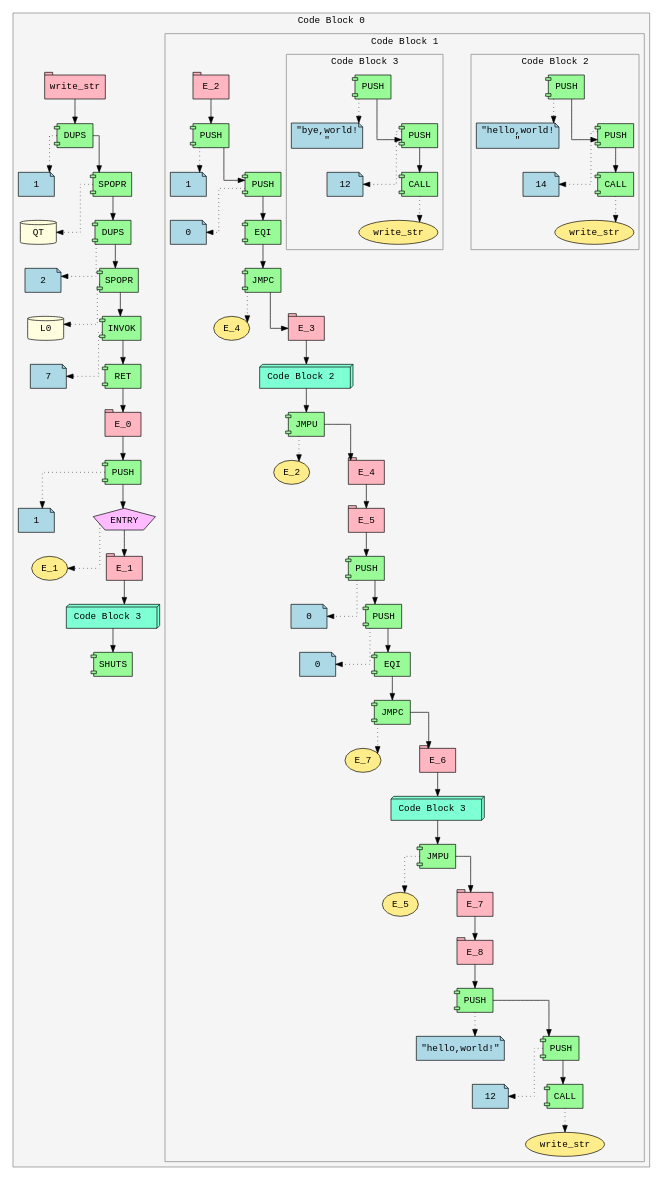
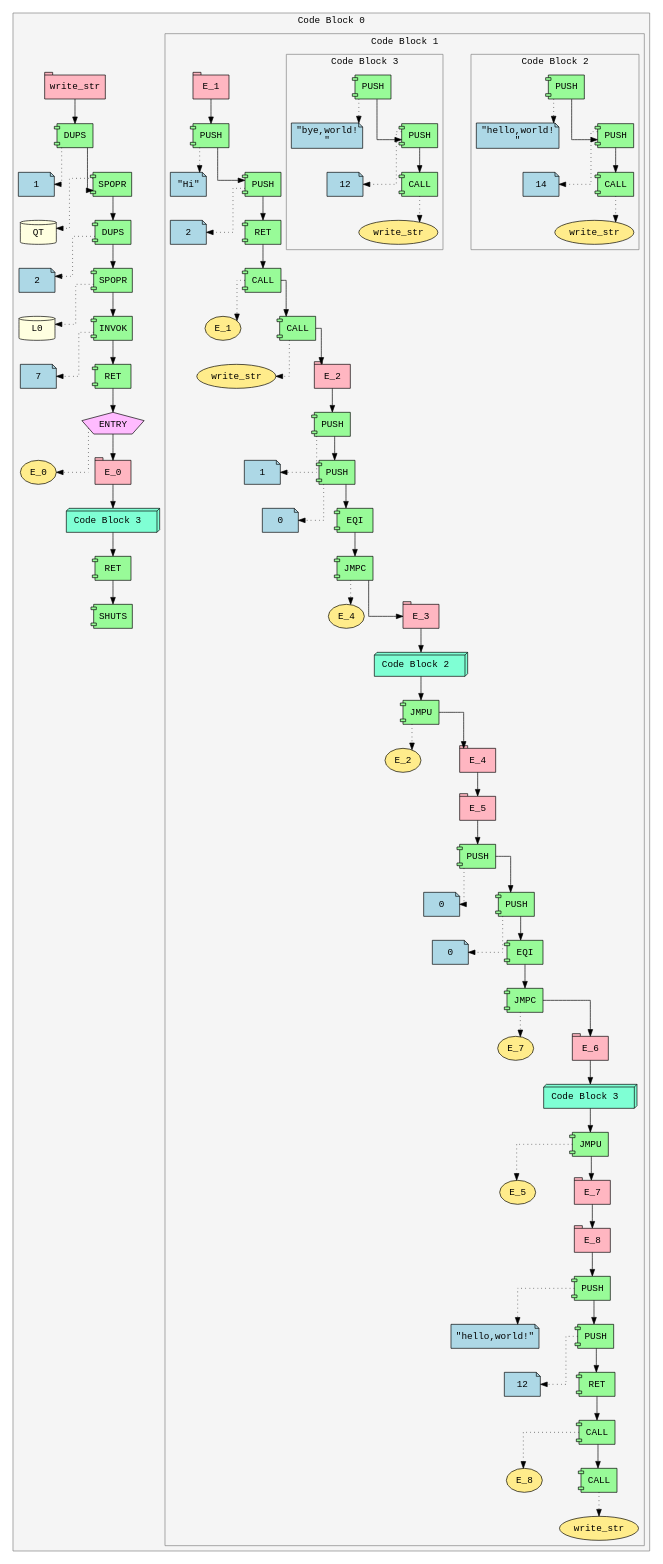
The diagram in ir.dot (Soham-Metha/IICT_Segfault_2025), drawn with Graphviz before and after one commit. The commit also changed 3 other files, not shown here.

```diff
--- a/ir.dot
+++ b/ir.dot
@@ -31,129 +31,151 @@
 Expr_8 -> Expr_10;
 Expr_12 [shape=component style=filled fillcolor=palegreen fontname="Courier" label="RET"]
 Expr_10 -> Expr_12;
-Expr_13 [shape=tab style=filled fillcolor=lightpink fontname="Courier" label="E_0"]
+Expr_13 [shape=pentagon style=filled fillcolor=plum1 fontname="Courier" label="ENTRY"]
+Expr_14 [shape=ellipse style=filled fillcolor=lightgoldenrod1 fontname="Courier" label="E_0"]
+Expr_13 -> Expr_14 [style=dotted]
 Expr_12 -> Expr_13;
-Expr_14 [shape=component style=filled fillcolor=palegreen fontname="Courier" label="PUSH"]
-Expr_15 [shape=note style=filled fillcolor=lightblue fontname="Courier" label="1"]
-Expr_14 -> Expr_15 [style=dotted]
-Expr_13 -> Expr_14;
-Expr_16 [shape=pentagon style=filled fillcolor=plum1 fontname="Courier" label="ENTRY"]
-Expr_17 [shape=ellipse style=filled fillcolor=lightgoldenrod1 fontname="Courier" label="E_1"]
-Expr_16 -> Expr_17 [style=dotted]
-Expr_14 -> Expr_16;
-Expr_18 [shape=tab style=filled fillcolor=lightpink fontname="Courier" label="E_1"]
-Expr_16 -> Expr_18;
-subgraph cluster_19 {
+Expr_15 [shape=tab style=filled fillcolor=lightpink fontname="Courier" label="E_0"]
+Expr_13 -> Expr_15;
+subgraph cluster_16 {
 label="Code Block 1 ";
 style=filled;
 color=gray;
 fillcolor=whitesmoke;
 fontname="Courier";
-Expr_20 [shape=tab style=filled fillcolor=lightpink fontname="Courier" label="E_2"]
-Expr_21 [shape=component style=filled fillcolor=palegreen fontname="Courier" label="PUSH"]
-Expr_22 [shape=note style=filled fillcolor=lightblue fontname="Courier" label="1"]
-Expr_21 -> Expr_22 [style=dotted]
-Expr_20 -> Expr_21;
-Expr_23 [shape=component style=filled fillcolor=palegreen fontname="Courier" label="PUSH"]
-Expr_24 [shape=note style=filled fillcolor=lightblue fontname="Courier" label="0"]
+Expr_17 [shape=tab style=filled fillcolor=lightpink fontname="Courier" label="E_1"]
+Expr_18 [shape=component style=filled fillcolor=palegreen fontname="Courier" label="PUSH"]
+Expr_19 [shape=note style=filled fillcolor=lightblue fontname="Courier" label="\"Hi\""]
+Expr_18 -> Expr_19 [style=dotted]
+Expr_17 -> Expr_18;
+Expr_20 [shape=component style=filled fillcolor=palegreen fontname="Courier" label="PUSH"]
+Expr_21 [shape=note style=filled fillcolor=lightblue fontname="Courier" label="2"]
+Expr_20 -> Expr_21 [style=dotted]
+Expr_18 -> Expr_20;
+Expr_22 [shape=component style=filled fillcolor=palegreen fontname="Courier" label="RET"]
+Expr_20 -> Expr_22;
+Expr_23 [shape=component style=filled fillcolor=palegreen fontname="Courier" label="CALL"]
+Expr_24 [shape=ellipse style=filled fillcolor=lightgoldenrod1 fontname="Courier" label="E_1"]
 Expr_23 -> Expr_24 [style=dotted]
-Expr_21 -> Expr_23;
-Expr_25 [shape=component style=filled fillcolor=palegreen fontname="Courier" label="EQI"]
+Expr_22 -> Expr_23;
+Expr_25 [shape=component style=filled fillcolor=palegreen fontname="Courier" label="CALL"]
+Expr_26 [shape=ellipse style=filled fillcolor=lightgoldenrod1 fontname="Courier" label="write_str"]
+Expr_25 -> Expr_26 [style=dotted]
 Expr_23 -> Expr_25;
-Expr_26 [shape=component style=filled fillcolor=palegreen fontname="Courier" label="JMPC"]
-Expr_27 [shape=ellipse style=filled fillcolor=lightgoldenrod1 fontname="Courier" label="E_4"]
-Expr_26 -> Expr_27 [style=dotted]
-Expr_25 -> Expr_26;
-Expr_28 [shape=tab style=filled fillcolor=lightpink fontname="Courier" label="E_3"]
-Expr_26 -> Expr_28;
-subgraph cluster_29 {
+Expr_27 [shape=tab style=filled fillcolor=lightpink fontname="Courier" label="E_2"]
+Expr_25 -> Expr_27;
+Expr_28 [shape=component style=filled fillcolor=palegreen fontname="Courier" label="PUSH"]
+Expr_29 [shape=note style=filled fillcolor=lightblue fontname="Courier" label="1"]
+Expr_28 -> Expr_29 [style=dotted]
+Expr_27 -> Expr_28;
+Expr_30 [shape=component style=filled fillcolor=palegreen fontname="Courier" label="PUSH"]
+Expr_31 [shape=note style=filled fillcolor=lightblue fontname="Courier" label="0"]
+Expr_30 -> Expr_31 [style=dotted]
+Expr_28 -> Expr_30;
+Expr_32 [shape=component style=filled fillcolor=palegreen fontname="Courier" label="EQI"]
+Expr_30 -> Expr_32;
+Expr_33 [shape=component style=filled fillcolor=palegreen fontname="Courier" label="JMPC"]
+Expr_34 [shape=ellipse style=filled fillcolor=lightgoldenrod1 fontname="Courier" label="E_4"]
+Expr_33 -> Expr_34 [style=dotted]
+Expr_32 -> Expr_33;
+Expr_35 [shape=tab style=filled fillcolor=lightpink fontname="Courier" label="E_3"]
+Expr_33 -> Expr_35;
+subgraph cluster_36 {
 label="Code Block 2 ";
 style=filled;
 color=gray;
 fillcolor=whitesmoke;
 fontname="Courier";
-Expr_30 [shape=component style=filled fillcolor=palegreen fontname="Courier" label="PUSH"]
-Expr_31 [shape=note style=filled fillcolor=lightblue fontname="Courier" label="\"hello,world!\n\""]
-Expr_30 -> Expr_31 [style=dotted]
-Expr_32 [shape=component style=filled fillcolor=palegreen fontname="Courier" label="PUSH"]
-Expr_33 [shape=note style=filled fillcolor=lightblue fontname="Courier" label="14"]
-Expr_32 -> Expr_33 [style=dotted]
-Expr_30 -> Expr_32;
-Expr_34 [shape=component style=filled fillcolor=palegreen fontname="Courier" label="CALL"]
-Expr_35 [shape=ellipse style=filled fillcolor=lightgoldenrod1 fontname="Courier" label="write_str"]
-Expr_34 -> Expr_35 [style=dotted]
-Expr_32 -> Expr_34;
+Expr_37 [shape=component style=filled fillcolor=palegreen fontname="Courier" label="PUSH"]
+Expr_38 [shape=note style=filled fillcolor=lightblue fontname="Courier" label="\"hello,world!\n\""]
+Expr_37 -> Expr_38 [style=dotted]
+Expr_39 [shape=component style=filled fillcolor=palegreen fontname="Courier" label="PUSH"]
+Expr_40 [shape=note style=filled fillcolor=lightblue fontname="Courier" label="14"]
+Expr_39 -> Expr_40 [style=dotted]
+Expr_37 -> Expr_39;
+Expr_41 [shape=component style=filled fillcolor=palegreen fontname="Courier" label="CALL"]
+Expr_42 [shape=ellipse style=filled fillcolor=lightgoldenrod1 fontname="Courier" label="write_str"]
+Expr_41 -> Expr_42 [style=dotted]
+Expr_39 -> Expr_41;
 }
-Expr_29 [shape=box3d style=filled fillcolor=aquamarine fontname="Courier" label=" Code Block 2  "]
-Expr_28 -> Expr_29;
-Expr_36 [shape=component style=filled fillcolor=palegreen fontname="Courier" label="JMPU"]
-Expr_37 [shape=ellipse style=filled fillcolor=lightgoldenrod1 fontname="Courier" label="E_2"]
-Expr_36 -> Expr_37 [style=dotted]
-Expr_29 -> Expr_36;
-Expr_38 [shape=tab style=filled fillcolor=lightpink fontname="Courier" label="E_4"]
-Expr_36 -> Expr_38;
-Expr_39 [shape=tab style=filled fillcolor=lightpink fontname="Courier" label="E_5"]
-Expr_38 -> Expr_39;
-Expr_40 [shape=component style=filled fillcolor=palegreen fontname="Courier" label="PUSH"]
-Expr_41 [shape=note style=filled fillcolor=lightblue fontname="Courier" label="0"]
-Expr_40 -> Expr_41 [style=dotted]
-Expr_39 -> Expr_40;
-Expr_42 [shape=component style=filled fillcolor=palegreen fontname="Courier" label="PUSH"]
-Expr_43 [shape=note style=filled fillcolor=lightblue fontname="Courier" label="0"]
-Expr_42 -> Expr_43 [style=dotted]
-Expr_40 -> Expr_42;
-Expr_44 [shape=component style=filled fillcolor=palegreen fontname="Courier" label="EQI"]
-Expr_42 -> Expr_44;
-Expr_45 [shape=component style=filled fillcolor=palegreen fontname="Courier" label="JMPC"]
-Expr_46 [shape=ellipse style=filled fillcolor=lightgoldenrod1 fontname="Courier" label="E_7"]
-Expr_45 -> Expr_46 [style=dotted]
-Expr_44 -> Expr_45;
-Expr_47 [shape=tab style=filled fillcolor=lightpink fontname="Courier" label="E_6"]
-Expr_45 -> Expr_47;
-subgraph cluster_48 {
+Expr_36 [shape=box3d style=filled fillcolor=aquamarine fontname="Courier" label=" Code Block 2  "]
+Expr_35 -> Expr_36;
+Expr_43 [shape=component style=filled fillcolor=palegreen fontname="Courier" label="JMPU"]
+Expr_44 [shape=ellipse style=filled fillcolor=lightgoldenrod1 fontname="Courier" label="E_2"]
+Expr_43 -> Expr_44 [style=dotted]
+Expr_36 -> Expr_43;
+Expr_45 [shape=tab style=filled fillcolor=lightpink fontname="Courier" label="E_4"]
+Expr_43 -> Expr_45;
+Expr_46 [shape=tab style=filled fillcolor=lightpink fontname="Courier" label="E_5"]
+Expr_45 -> Expr_46;
+Expr_47 [shape=component style=filled fillcolor=palegreen fontname="Courier" label="PUSH"]
+Expr_48 [shape=note style=filled fillcolor=lightblue fontname="Courier" label="0"]
+Expr_47 -> Expr_48 [style=dotted]
+Expr_46 -> Expr_47;
+Expr_49 [shape=component style=filled fillcolor=palegreen fontname="Courier" label="PUSH"]
+Expr_50 [shape=note style=filled fillcolor=lightblue fontname="Courier" label="0"]
+Expr_49 -> Expr_50 [style=dotted]
+Expr_47 -> Expr_49;
+Expr_51 [shape=component style=filled fillcolor=palegreen fontname="Courier" label="EQI"]
+Expr_49 -> Expr_51;
+Expr_52 [shape=component style=filled fillcolor=palegreen fontname="Courier" label="JMPC"]
+Expr_53 [shape=ellipse style=filled fillcolor=lightgoldenrod1 fontname="Courier" label="E_7"]
+Expr_52 -> Expr_53 [style=dotted]
+Expr_51 -> Expr_52;
+Expr_54 [shape=tab style=filled fillcolor=lightpink fontname="Courier" label="E_6"]
+Expr_52 -> Expr_54;
+subgraph cluster_55 {
 label="Code Block 3 ";
 style=filled;
 color=gray;
 fillcolor=whitesmoke;
 fontname="Courier";
-Expr_49 [shape=component style=filled fillcolor=palegreen fontname="Courier" label="PUSH"]
-Expr_50 [shape=note style=filled fillcolor=lightblue fontname="Courier" label="\"bye,world!\n\""]
-Expr_49 -> Expr_50 [style=dotted]
-Expr_51 [shape=component style=filled fillcolor=palegreen fontname="Courier" label="PUSH"]
-Expr_52 [shape=note style=filled fillcolor=lightblue fontname="Courier" label="12"]
-Expr_51 -> Expr_52 [style=dotted]
-Expr_49 -> Expr_51;
-Expr_53 [shape=component style=filled fillcolor=palegreen fontname="Courier" label="CALL"]
-Expr_54 [shape=ellipse style=filled fillcolor=lightgoldenrod1 fontname="Courier" label="write_str"]
-Expr_53 -> Expr_54 [style=dotted]
-Expr_51 -> Expr_53;
+Expr_56 [shape=component style=filled fillcolor=palegreen fontname="Courier" label="PUSH"]
+Expr_57 [shape=note style=filled fillcolor=lightblue fontname="Courier" label="\"bye,world!\n\""]
+Expr_56 -> Expr_57 [style=dotted]
+Expr_58 [shape=component style=filled fillcolor=palegreen fontname="Courier" label="PUSH"]
+Expr_59 [shape=note style=filled fillcolor=lightblue fontname="Courier" label="12"]
+Expr_58 -> Expr_59 [style=dotted]
+Expr_56 -> Expr_58;
+Expr_60 [shape=component style=filled fillcolor=palegreen fontname="Courier" label="CALL"]
+Expr_61 [shape=ellipse style=filled fillcolor=lightgoldenrod1 fontname="Courier" label="write_str"]
+Expr_60 -> Expr_61 [style=dotted]
+Expr_58 -> Expr_60;
 }
-Expr_48 [shape=box3d style=filled fillcolor=aquamarine fontname="Courier" label=" Code Block 3  "]
-Expr_47 -> Expr_48;
-Expr_55 [shape=component style=filled fillcolor=palegreen fontname="Courier" label="JMPU"]
-Expr_56 [shape=ellipse style=filled fillcolor=lightgoldenrod1 fontname="Courier" label="E_5"]
-Expr_55 -> Expr_56 [style=dotted]
-Expr_48 -> Expr_55;
-Expr_57 [shape=tab style=filled fillcolor=lightpink fontname="Courier" label="E_7"]
-Expr_55 -> Expr_57;
-Expr_58 [shape=tab style=filled fillcolor=lightpink fontname="Courier" label="E_8"]
-Expr_57 -> Expr_58;
-Expr_59 [shape=component style=filled fillcolor=palegreen fontname="Courier" label="PUSH"]
-Expr_60 [shape=note style=filled fillcolor=lightblue fontname="Courier" label="\"hello,world!\""]
-Expr_59 -> Expr_60 [style=dotted]
-Expr_58 -> Expr_59;
-Expr_61 [shape=component style=filled fillcolor=palegreen fontname="Courier" label="PUSH"]
-Expr_62 [shape=note style=filled fillcolor=lightblue fontname="Courier" label="12"]
-Expr_61 -> Expr_62 [style=dotted]
-Expr_59 -> Expr_61;
-Expr_63 [shape=component style=filled fillcolor=palegreen fontname="Courier" label="CALL"]
-Expr_64 [shape=ellipse style=filled fillcolor=lightgoldenrod1 fontname="Courier" label="write_str"]
-Expr_63 -> Expr_64 [style=dotted]
-Expr_61 -> Expr_63;
+Expr_55 [shape=box3d style=filled fillcolor=aquamarine fontname="Courier" label=" Code Block 3  "]
+Expr_54 -> Expr_55;
+Expr_62 [shape=component style=filled fillcolor=palegreen fontname="Courier" label="JMPU"]
+Expr_63 [shape=ellipse style=filled fillcolor=lightgoldenrod1 fontname="Courier" label="E_5"]
+Expr_62 -> Expr_63 [style=dotted]
+Expr_55 -> Expr_62;
+Expr_64 [shape=tab style=filled fillcolor=lightpink fontname="Courier" label="E_7"]
+Expr_62 -> Expr_64;
+Expr_65 [shape=tab style=filled fillcolor=lightpink fontname="Courier" label="E_8"]
+Expr_64 -> Expr_65;
+Expr_66 [shape=component style=filled fillcolor=palegreen fontname="Courier" label="PUSH"]
+Expr_67 [shape=note style=filled fillcolor=lightblue fontname="Courier" label="\"hello,world!\""]
+Expr_66 -> Expr_67 [style=dotted]
+Expr_65 -> Expr_66;
+Expr_68 [shape=component style=filled fillcolor=palegreen fontname="Courier" label="PUSH"]
+Expr_69 [shape=note style=filled fillcolor=lightblue fontname="Courier" label="12"]
+Expr_68 -> Expr_69 [style=dotted]
+Expr_66 -> Expr_68;
+Expr_70 [shape=component style=filled fillcolor=palegreen fontname="Courier" label="RET"]
+Expr_68 -> Expr_70;
+Expr_71 [shape=component style=filled fillcolor=palegreen fontname="Courier" label="CALL"]
+Expr_72 [shape=ellipse style=filled fillcolor=lightgoldenrod1 fontname="Courier" label="E_8"]
+Expr_71 -> Expr_72 [style=dotted]
+Expr_70 -> Expr_71;
+Expr_73 [shape=component style=filled fillcolor=palegreen fontname="Courier" label="CALL"]
+Expr_74 [shape=ellipse style=filled fillcolor=lightgoldenrod1 fontname="Courier" label="write_str"]
+Expr_73 -> Expr_74 [style=dotted]
+Expr_71 -> Expr_73;
 }
-Expr_19 [shape=box3d style=filled fillcolor=aquamarine fontname="Courier" label=" Code Block 3  "]
-Expr_18 -> Expr_19;
-Expr_65 [shape=component style=filled fillcolor=palegreen fontname="Courier" label="SHUTS"]
-Expr_19 -> Expr_65;
+Expr_16 [shape=box3d style=filled fillcolor=aquamarine fontname="Courier" label=" Code Block 3  "]
+Expr_15 -> Expr_16;
+Expr_75 [shape=component style=filled fillcolor=palegreen fontname="Courier" label="RET"]
+Expr_16 -> Expr_75;
+Expr_76 [shape=component style=filled fillcolor=palegreen fontname="Courier" label="SHUTS"]
+Expr_75 -> Expr_76;
 }
 }
```
